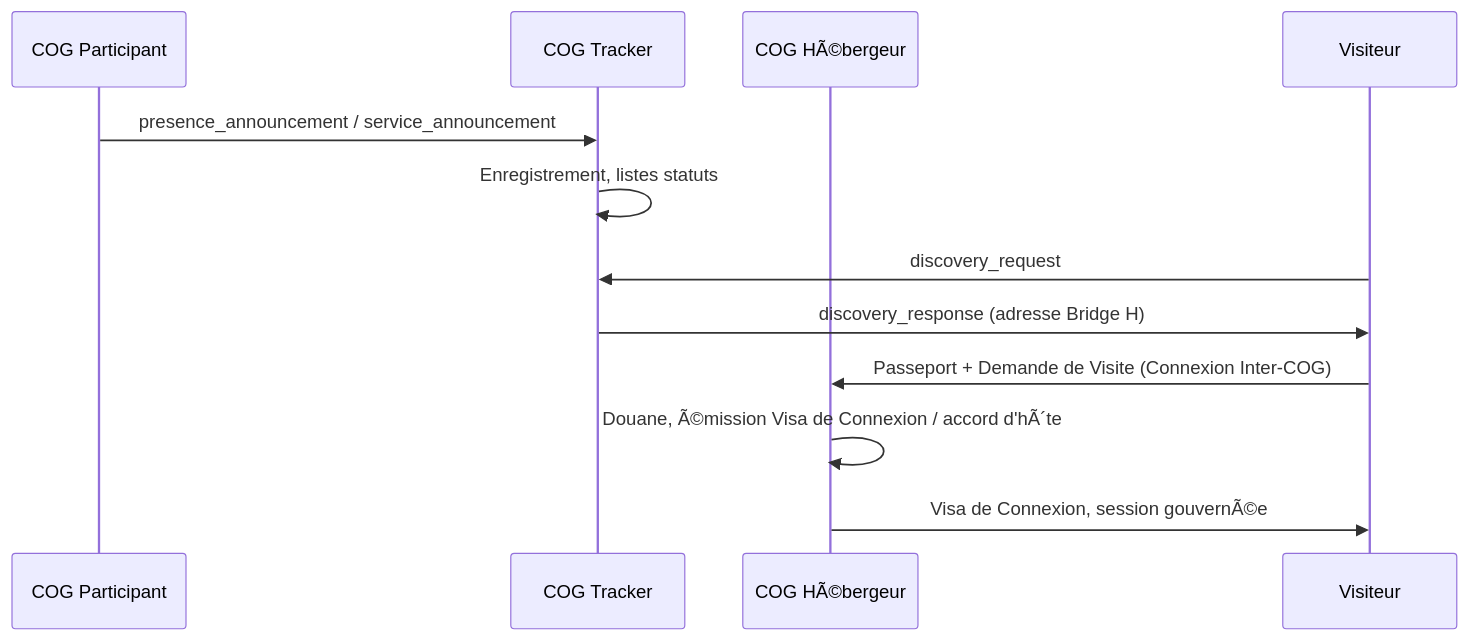
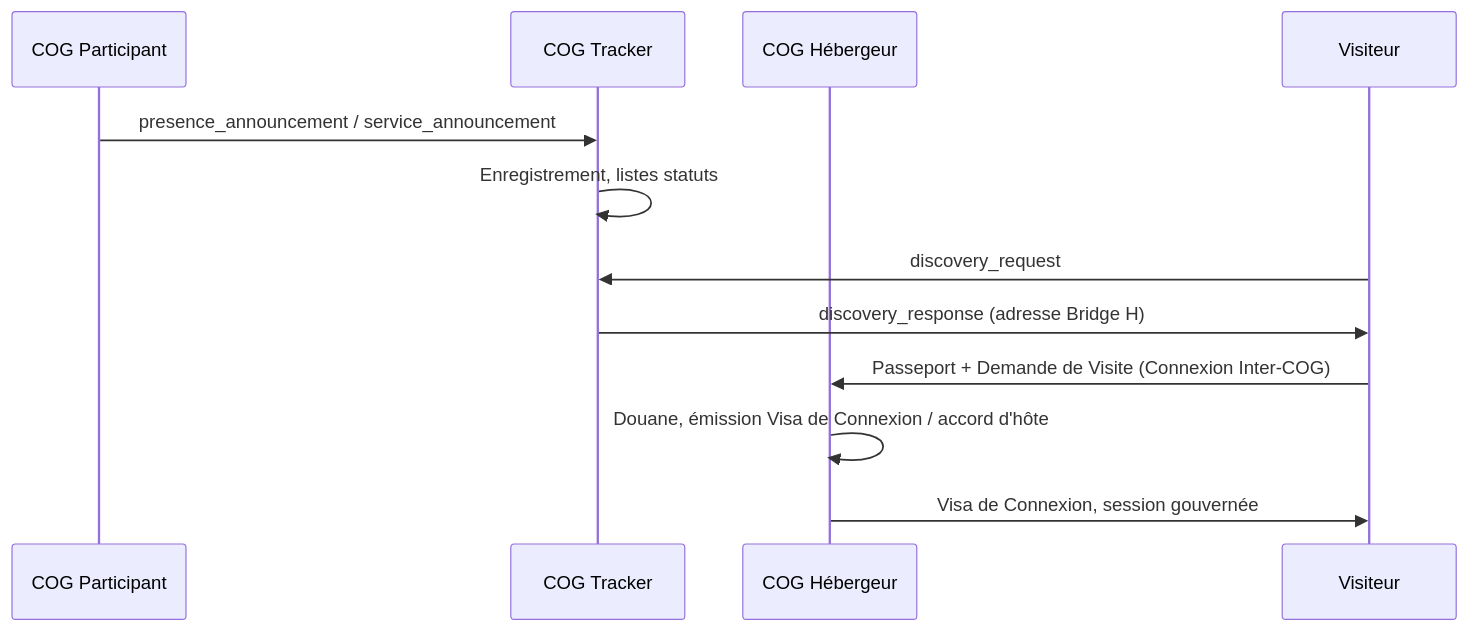
The first of 3 diagrams in docs/miyukini-webway-system/reference/Miyukini Conceptual References - Miyukini Webway System Complet.md (StudioMiyukini/miyukini_cog), drawn with Mermaid before and after one commit. The commit also changed other lines of this file and 564 other files, not shown here.

````diff
--- a/docs/miyukini-webway-system/reference/Miyukini Conceptual References - Miyukini Webway System Complet.md
+++ b/docs/miyukini-webway-system/reference/Miyukini Conceptual References - Miyukini Webway System Complet.md
@@ -170,15 +170,15 @@
 ```mermaid
 sequenceDiagram
     participant P as COG Participant
     participant T as COG Tracker
-    participant H as COG HÃ©bergeur
+    participant H as COG Hébergeur
     participant V as Visiteur
 
     P->>T: presence_announcement / service_announcement
     T->>T: Enregistrement, listes statuts
     V->>T: discovery_request
     T->>V: discovery_response (adresse Bridge H)
     V->>H: Passeport + Demande de Visite (Connexion Inter-COG)
-    H->>H: Douane, Ã©mission Visa de Connexion / accord d'hÃ´te
-    H->>V: Visa de Connexion, session gouvernÃ©e
+    H->>H: Douane, émission Visa de Connexion / accord d'hôte
+    H->>V: Visa de Connexion, session gouvernée
 ```
````
